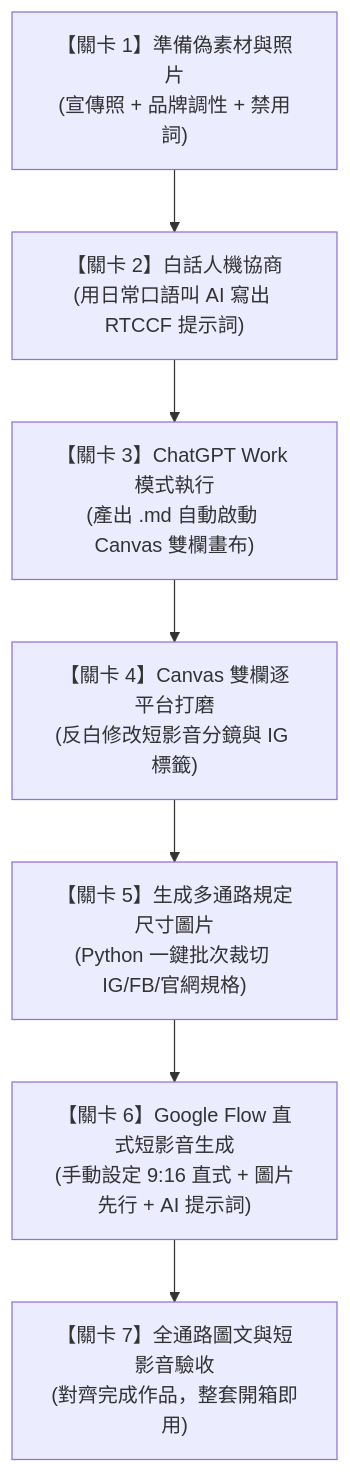
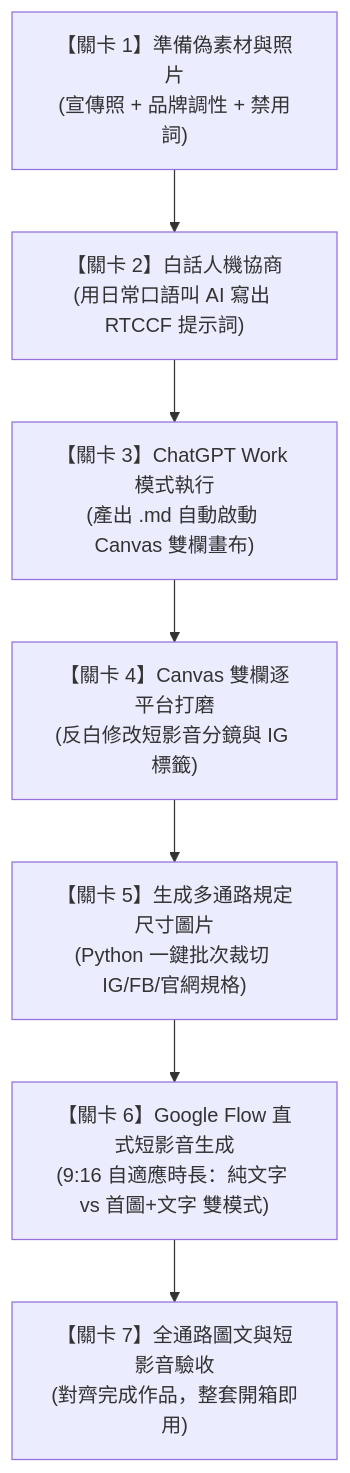
Before and after one commit to roberthsu2003/workflow-productivity: the first of 2 diagrams in 常見的AI應用/實戰範例/02_社群行銷素材多格式產出/README.md, drawn with Mermaid. The commit also changed other lines of this file and 3 other files, not shown here.

````diff
--- a/常見的AI應用/實戰範例/02_社群行銷素材多格式產出/README.md
+++ b/常見的AI應用/實戰範例/02_社群行銷素材多格式產出/README.md
@@ -35,9 +35,9 @@
 ```mermaid
 flowchart TD
     S1["【關卡 1】準備偽素材與照片<br/>(宣傳照 + 品牌調性 + 禁用詞)"] --> S2["【關卡 2】白話人機協商<br/>(用日常口語叫 AI 寫出 RTCCF 提示詞)"]
     S2 --> S3["【關卡 3】ChatGPT Work 模式執行<br/>(產出 .md 自動啟動 Canvas 雙欄畫布)"]
     S3 --> S4["【關卡 4】Canvas 雙欄逐平台打磨<br/>(反白修改短影音分鏡與 IG 標籤)"]
     S4 --> S5["【關卡 5】生成多通路規定尺寸圖片<br/>(Python 一鍵批次裁切 IG/FB/官網規格)"]
-    S5 --> S6["【關卡 6】Google Flow 直式短影音生成<br/>(手動設定 9:16 直式 + 圖片先行 + AI 提示詞)"]
+    S5 --> S6["【關卡 6】Google Flow 直式短影音生成<br/>(9:16 自適應時長：純文字 vs 首圖+文字 雙模式)"]
     S6 --> S7["【關卡 7】全通路圖文與短影音驗收<br/>(對齊完成作品，整套開箱即用)"]
 ```
````
